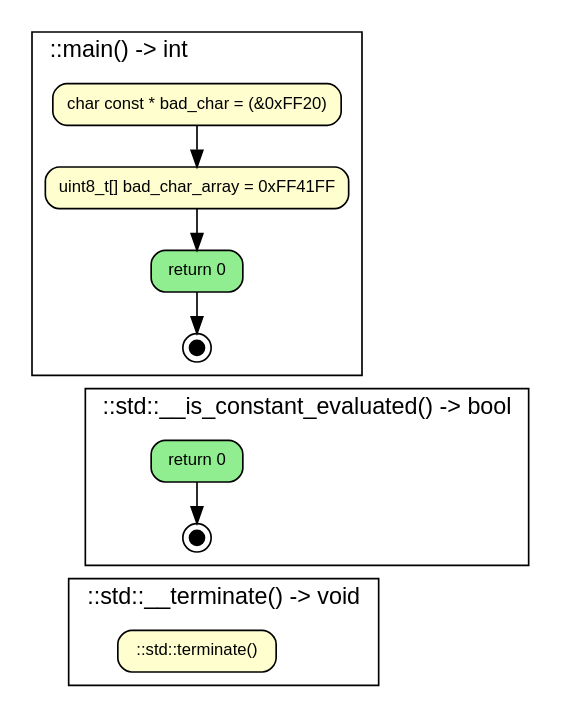
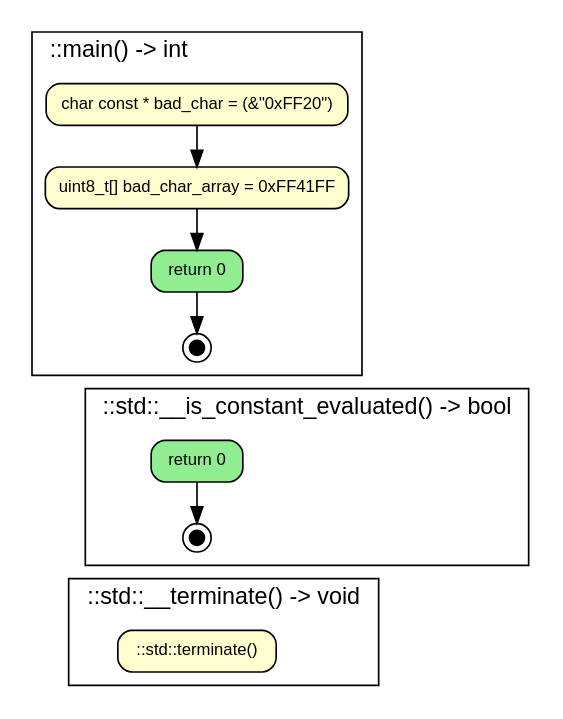
Before and after one commit to anetczuk/gcc-uml: the diagram in examples/ctrlflowgraph/ctrl_invalidchar.cpp.dot, drawn with Graphviz. The commit also changed 10 other files, not shown here.

```diff
--- a/examples/ctrlflowgraph/ctrl_invalidchar.cpp.dot
+++ b/examples/ctrlflowgraph/ctrl_invalidchar.cpp.dot
@@ -1,26 +1,26 @@
 digraph {
 	fontname="SansSerif,sans-serif" labeljust=l nojustify=true ranksep=0.35
 	node [fillcolor="#fefece" fontname="SansSerif,sans-serif" fontsize=10 height=0.35 shape=box style="filled, rounded"]
 	subgraph cluster_item_0 {
 		graph [label="::main() -> int"]
-		item_1 [label="char const * bad_char = (&0xFF20)"]
+		item_1 [label="char const * bad_char = (&\"0xFF20\")"]
 		item_2 [label="uint8_t[] bad_char_array = 0xFF41FF"]
 		item_1 -> item_2
 		item_3 [label="return 0" fillcolor=lightgreen]
 		item_4 [label="" fillcolor=black fixedsize=true height=0.12 shape=doublecircle size=0.1 width=0.12]
 		item_3 -> item_4
 		item_2 -> item_3
 	}
 	subgraph cluster_item_5 {
 		graph [label="::std::__is_constant_evaluated() -> bool"]
 		item_6 [label="return 0" fillcolor=lightgreen]
 		item_7 [label="" fillcolor=black fixedsize=true height=0.12 shape=doublecircle size=0.1 width=0.12]
 		item_6 -> item_7
 	}
 	item_4 -> item_6 [style=invis]
 	subgraph cluster_item_8 {
 		graph [label="::std::__terminate() -> void"]
 		item_9 [label="::std::terminate()"]
 	}
 	item_7 -> item_9 [style=invis]
 }
```
